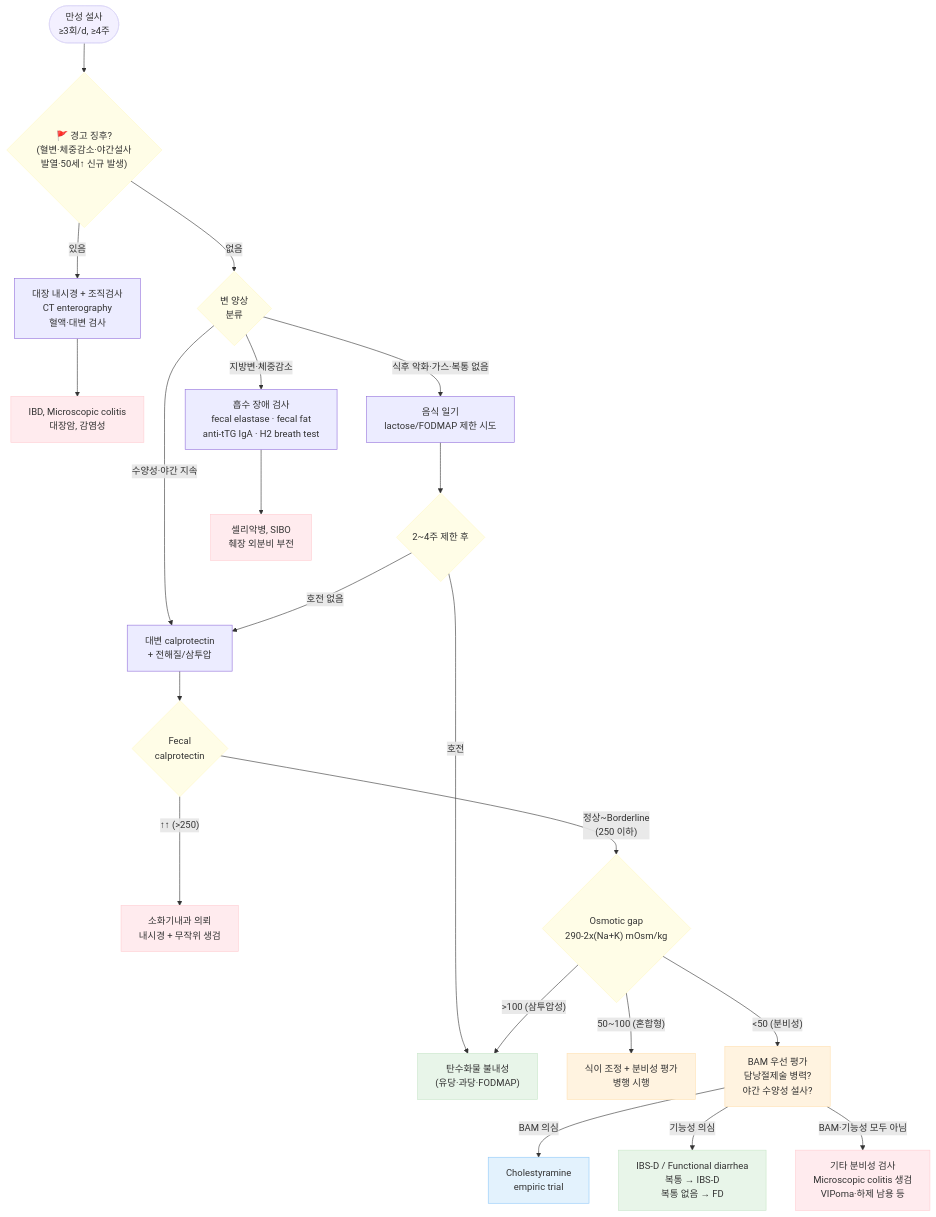
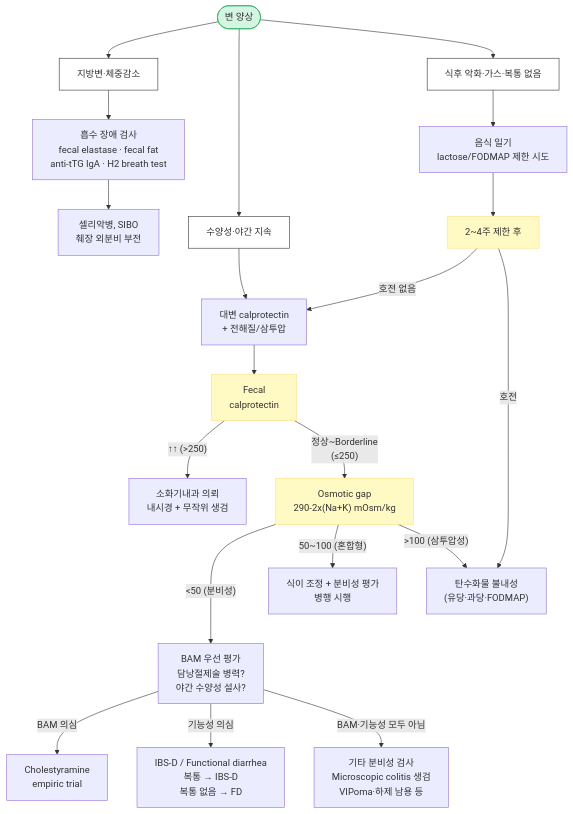
The second of 2 diagrams in 224_/084_-chronic-diarrhea.md (familyoh77/familyoh77), drawn with Mermaid before and after one commit. The commit also changed other lines of this file, not shown here.

Commit message:
GITBOOK-948: No subject

````diff
--- a/224_/084_-chronic-diarrhea.md
+++ b/224_/084_-chronic-diarrhea.md
@@ -190,47 +210,31 @@
 ```mermaid
 graph TD
-    Start(["만성 설사<br/>≥3회/d, ≥4주"])
-    Start --> RF{"🚩 경고 징후?<br/>(혈변·체중감소·야간설사<br/>발열·50세↑ 신규 발생)"}
+    Phenotype(["변 양상"]) --> A["지방변·체중감소"] --> Malabs["흡수 장애 검사<br/>fecal elastase · fecal fat<br/>anti-tTG IgA · H2 breath test"]
+    Phenotype --> B["수양성·야간 지속"] --> WateryDD["대변 calprotectin<br/>+ 전해질/삼투압"]
+    Phenotype --> C["식후 악화·가스·복통 없음"] --> OsmoDD["음식 일기<br/>lactose/FODMAP 제한 시도"]
 
-    RF -- "있음" --> Scope["대장 내시경 + 조직검사<br/>CT enterography<br/>혈액·대변 검사"]
-    RF -- "없음" --> Phenotype{"변 양상<br/>분류"}
+    OsmoDD --> OsmoResult["2~4주 제한 후"]
 
-    Scope --> OrgDx["IBD, Microscopic colitis<br/>대장암, 감염성"]
-
-    Phenotype -- "지방변·체중감소" --> Malabs["흡수 장애 검사<br/>fecal elastase · fecal fat<br/>anti-tTG IgA · H2 breath test"]
-    Phenotype -- "수양성·야간 지속" --> WateryDD["대변 calprotectin<br/>+ 전해질/삼투압"]
-    Phenotype -- "식후 악화·가스·복통 없음" --> OsmoDD["음식 일기<br/>lactose/FODMAP 제한 시도"]
-
-    OsmoDD --> OsmoResult{"2~4주 제한 후"}
-    OsmoResult -- "호전" --> OsmoDx["탄수화물 불내성<br/>(유당·과당·FODMAP)"]
     OsmoResult -- "호전 없음" --> WateryDD
 
     Malabs --> MalabsDx["셀리악병, SIBO<br/>췌장 외분비 부전"]
 
-    WateryDD --> CalProt{"Fecal<br/>calprotectin"}
+    WateryDD --> CalProt["Fecal<br/>calprotectin"]
     CalProt -- "↑↑ (>250)" --> IBDRef["소화기내과 의뢰<br/>내시경 + 무작위 생검"]
-    CalProt -- "정상~Borderline<br/>(250 이하)" --> OsmoGap{"Osmotic gap<br/>290-2x(Na+K) mOsm/kg"}
-
-    OsmoGap -- ">100 (삼투압성)" --> OsmoDx
-    OsmoGap -- "50~100 (혼합형)" --> MixedEval["식이 조정 + 분비성 평가<br/>병행 시행"]
-    OsmoGap -- "<50 (분비성)" --> BAMFirst["BAM 우선 평가<br/>담낭절제술 병력?<br/>야간 수양성 설사?"]
+    CalProt -- "정상~Borderline<br/>(≤250)" --> OsmoGap["Osmotic gap<br/>290-2x(Na+K) mOsm/kg"]
+    OsmoGap -- "<50 (분비성)" ---> BAMFirst["BAM 우선 평가<br/>담낭절제술 병력?<br/>야간 수양성 설사?"]
     BAMFirst -- "BAM 의심" --> CholTrial["Cholestyramine<br/>empiric trial"]
     BAMFirst -- "기능성 의심" --> Functional["IBS-D / Functional diarrhea<br/>복통 → IBS-D<br/>복통 없음 → FD"]
     BAMFirst -- "BAM·기능성 모두 아님" --> Secretory2["기타 분비성 검사<br/>Microscopic colitis 생검<br/>VIPoma·하제 남용 등"]
+    OsmoGap -- "50~100 (혼합형)" --> MixedEval["식이 조정 + 분비성 평가<br/>병행 시행"]
+    OsmoResult -- "호전" --> OsmoDx["탄수화물 불내성<br/>(유당·과당·FODMAP)"]
+    OsmoGap -- ">100 (삼투압성)" --> OsmoDx
+    
+    style Phenotype fill:#d5f5e3,stroke:#27ae60
+    classDef yellow fill:#fff9c4,stroke:#ffe082
+    class OsmoResult,CalProt,OsmoGap yellow
+    classDef white fill:#fff,stroke:#333
+    class A,B,C white
 
-    style Start fill:#f3f0ff,stroke:#dcd6f7
-    style RF fill:#fffde7,stroke:#fff9c4
-    style Phenotype fill:#fffde7,stroke:#fff9c4
-    style OsmoGap fill:#fffde7,stroke:#fff9c4
-    style CalProt fill:#fffde7,stroke:#fff9c4
-    style OsmoResult fill:#fffde7,stroke:#fff9c4
-    style OrgDx fill:#ffebee,stroke:#ffcdd2
-    style MalabsDx fill:#ffebee,stroke:#ffcdd2
-    style IBDRef fill:#ffebee,stroke:#ffcdd2
-    style Secretory2 fill:#ffebee,stroke:#ffcdd2
-    style OsmoDx fill:#e8f5e9,stroke:#c8e6c9
-    style Functional fill:#e8f5e9,stroke:#c8e6c9
-    style CholTrial fill:#e3f2fd,stroke:#90caf9
-    style BAMFirst fill:#fff3e0,stroke:#ffe0b2
-    style MixedEval fill:#fff3e0,stroke:#ffe0b2
+
 ```
````
